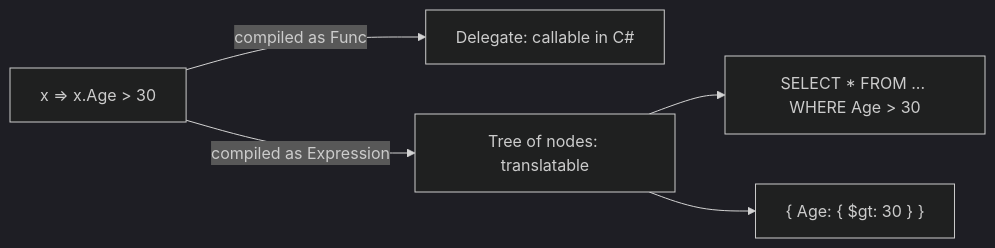
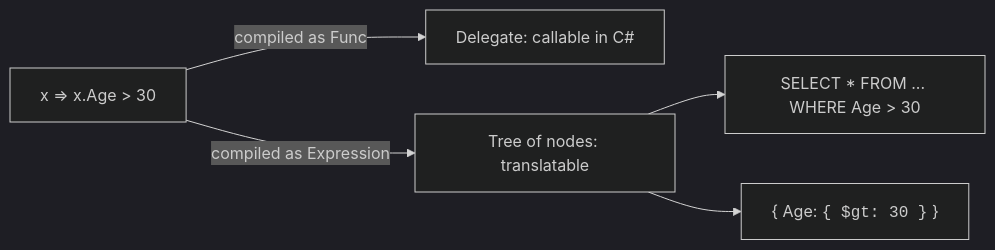
One commit to dataslope/dataslope changed the diagram in content/learn/csharp-linq-functional/lambdas-and-delegates.mdx. Above: the diagram before and after it, drawn with Mermaid (dark theme). The commit also changed 100 other files, not shown here.

First line of the commit message:
Wrap more code in diagram labels: filenames, hex, assignments, subgraph titles

````diff
--- a/content/learn/csharp-linq-functional/lambdas-and-delegates.mdx
+++ b/content/learn/csharp-linq-functional/lambdas-and-delegates.mdx
@@ -210,7 +210,7 @@
 ```mermaid
 flowchart LR
     L["x => x.Age > 30"] -->|"compiled as Func"| D[Delegate: callable in C#]
     L -->|"compiled as Expression"| T[Tree of nodes: translatable]
     T --> S["SELECT * FROM ... WHERE Age > 30"]
-    T --> M["{ Age: { $gt: 30 } }"]
+    T --> M["{ Age: <code>{ $gt: 30 }</code> }"]
 ```
````
